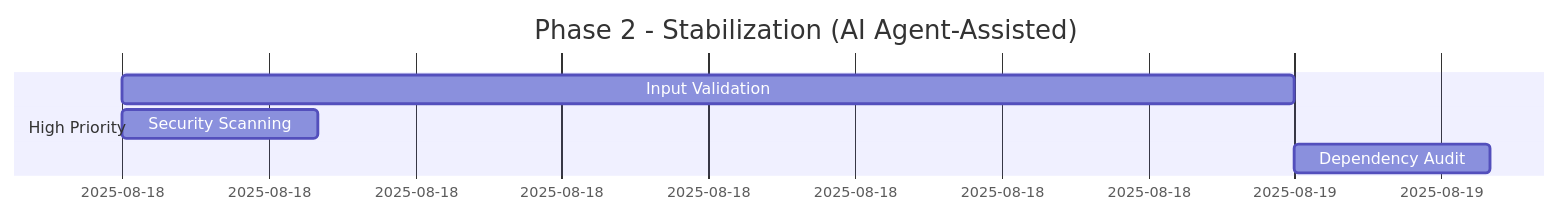
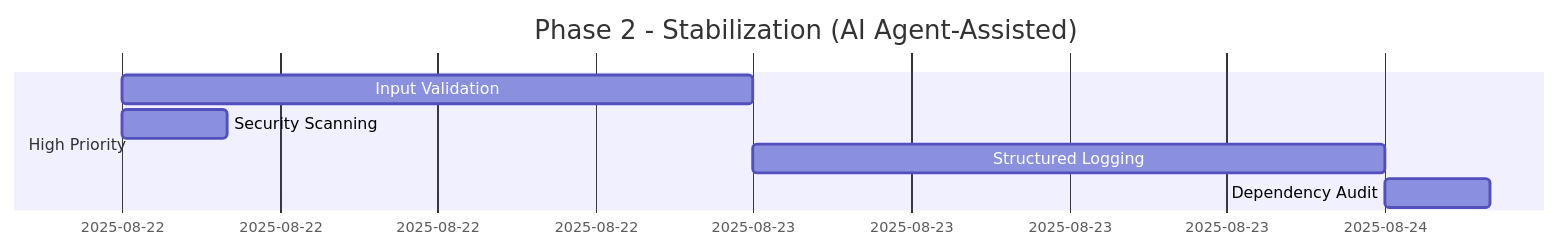
The second of 2 diagrams in IMPROVEMENTS.md (overlock-network/overlock), drawn with Mermaid before and after one commit. The commit also changed other lines of this file, not shown here.

Commit message:
Refine improvement plan with detailed scope, acceptance criteria, and realistic timelines

````diff
--- a/IMPROVEMENTS.md
+++ b/IMPROVEMENTS.md
@@ -213,9 +284,10 @@
 ```mermaid
 gantt
     title Phase 2 - Stabilization (AI Agent-Assisted)
     dateFormat  YYYY-MM-DD
     section High Priority
-    Input Validation     :2025-08-18, 1d
-    Security Scanning    :2025-08-18, 4h
-    Dependency Audit     :2025-08-19, 4h
+    Input Validation     :2025-08-22, 1d
+    Security Scanning    :2025-08-22, 4h
+    Structured Logging   :2025-08-23, 1d
+    Dependency Audit     :2025-08-24, 4h
 ```
````
